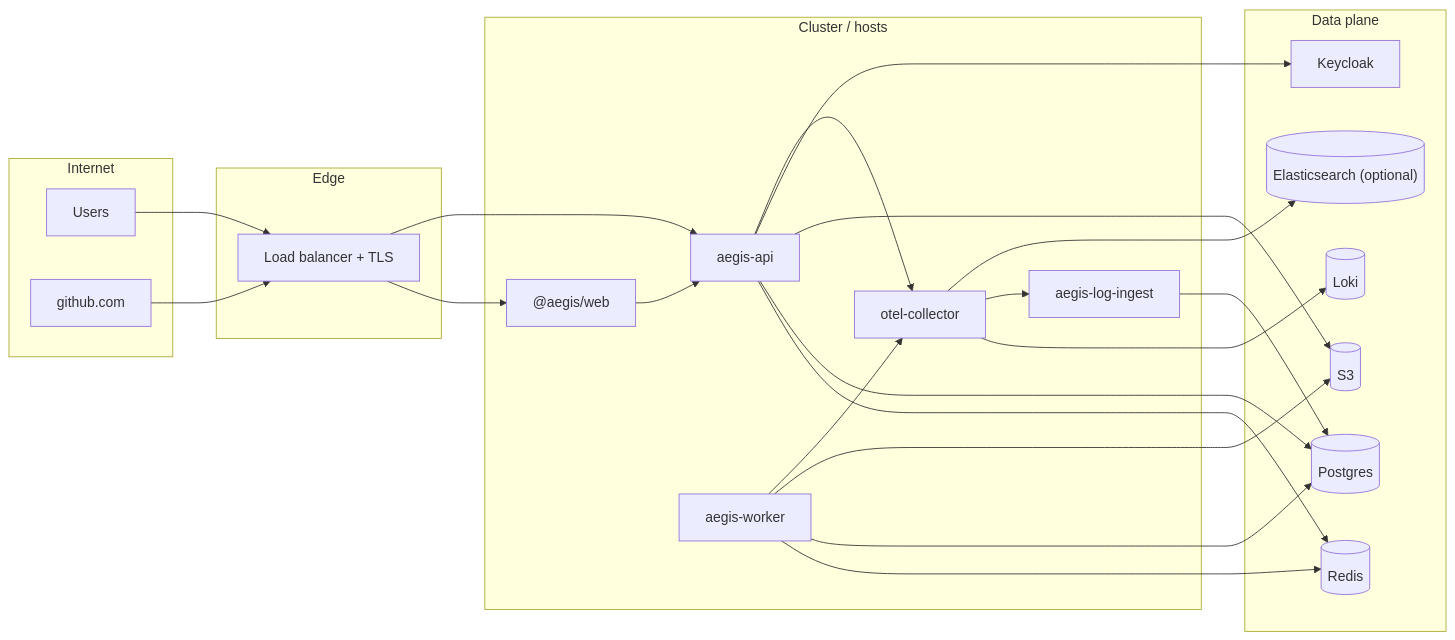
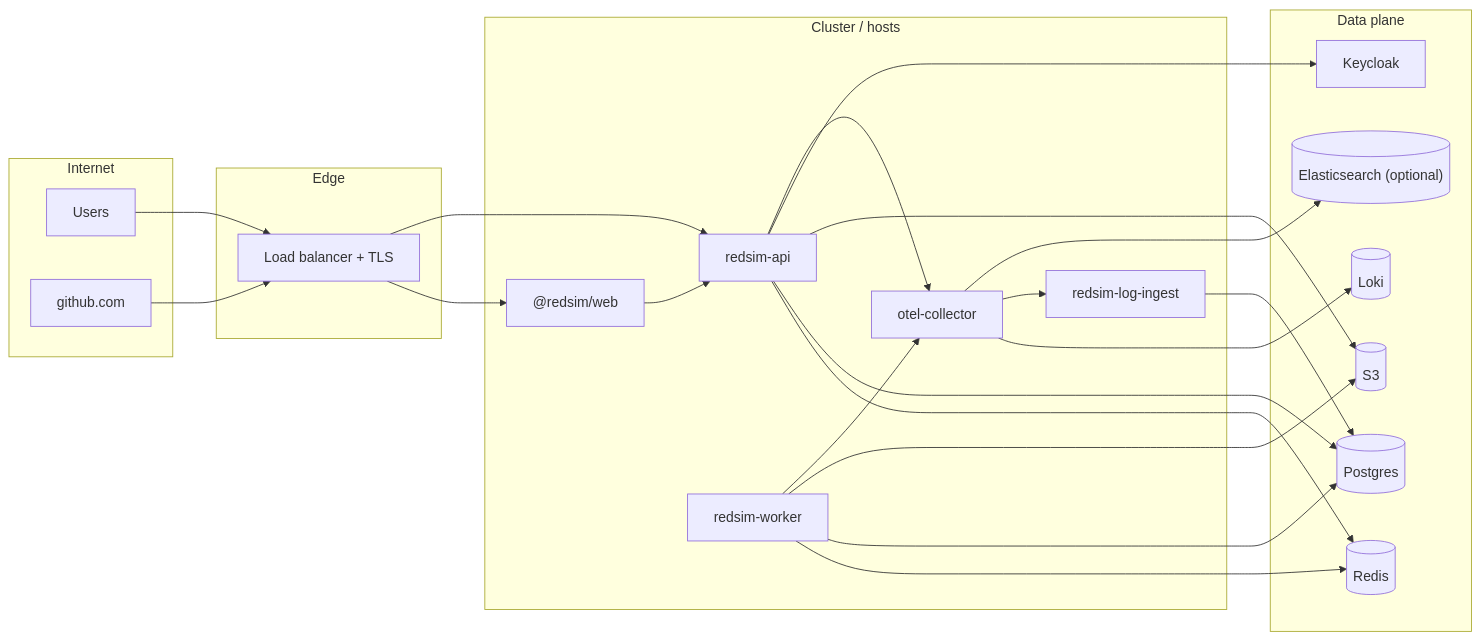
One commit to IntelliBridge/ndia-red-team-simulator changed the diagram in docs/ops/deploy.md. Above: the diagram before and after it, drawn with Mermaid. The commit also changed other lines of this file and 27 other files, not shown here.

````diff
--- a/docs/ops/deploy.md
+++ b/docs/ops/deploy.md
@@ -18,47 +18,47 @@
 ```mermaid
 flowchart LR
   subgraph internet["Internet"]
     users["Users"]
     ghext["github.com"]
   end
 
   subgraph edge["Edge"]
     lb["Load balancer + TLS"]
   end
 
   subgraph cluster["Cluster / hosts"]
-    web["@aegis/web"]
-    api["aegis-api"]
-    worker["aegis-worker"]
-    li["aegis-log-ingest"]
+    web["@redsim/web"]
+    api["redsim-api"]
+    worker["redsim-worker"]
+    li["redsim-log-ingest"]
     col["otel-collector"]
   end
 
   subgraph data["Data plane"]
     pg[("Postgres")]
     redis[("Redis")]
     blob[("S3")]
     kc["Keycloak"]
     loki[("Loki")]
     es[("Elasticsearch (optional)")]
   end
 
   users --> lb
   ghext --> lb
   lb --> web
   lb --> api
   web --> api
   api --> redis
   worker --> redis
   api --> pg
   worker --> pg
   api --> blob
   worker --> blob
   api --> kc
   worker --> col
   api --> col
   col --> loki
   col --> li
   col --> es
   li --> pg
 ```
````
